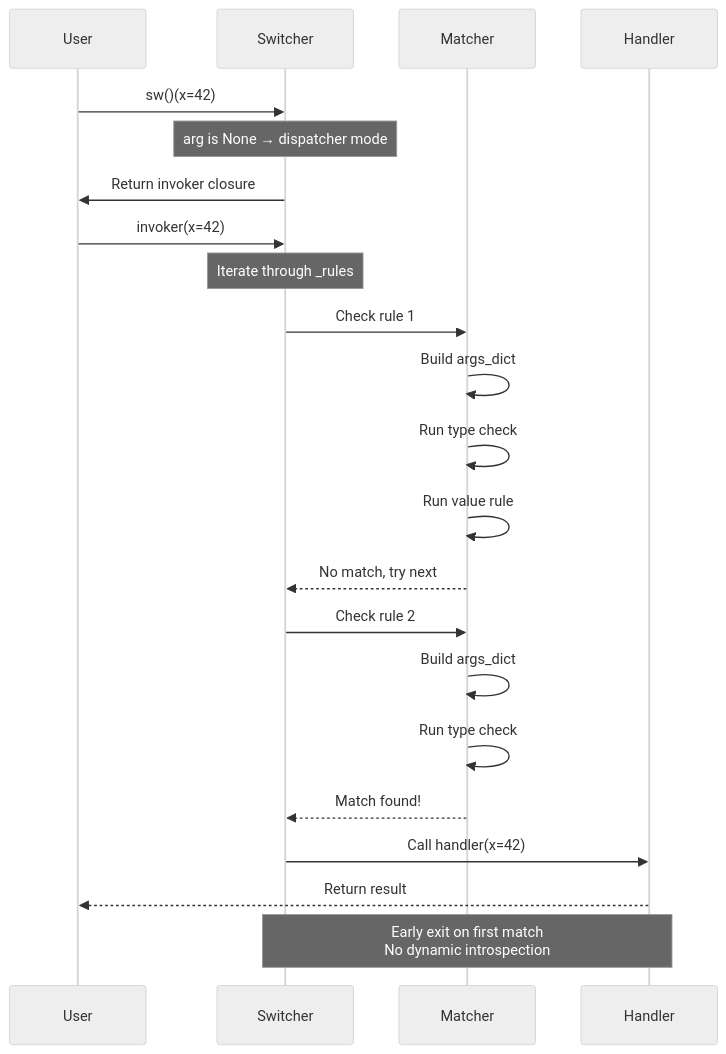
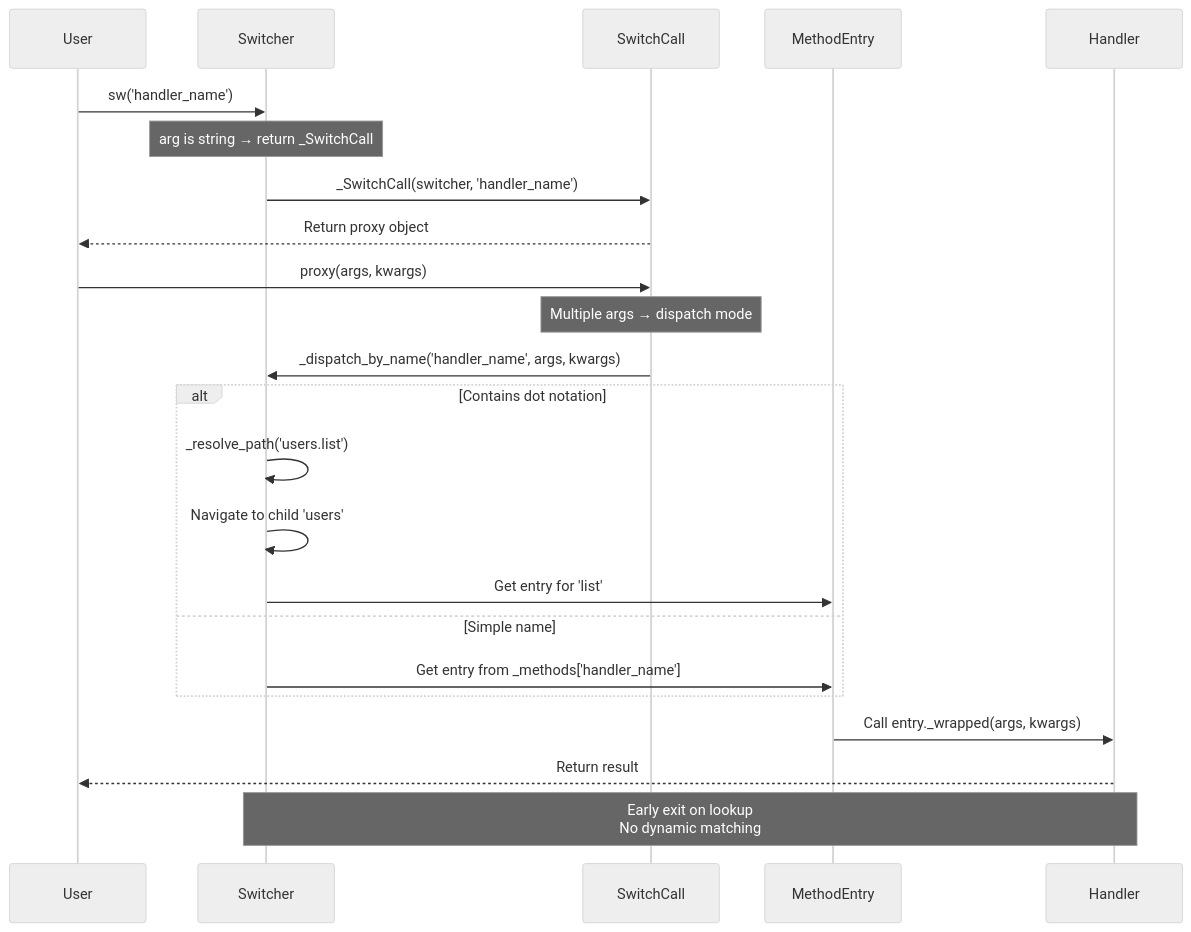
The third of 4 diagrams in docs/appendix/architecture.md (genropy/smartswitch), drawn with Mermaid (neutral theme) before and after one commit. The commit also changed other lines of this file and 11 other files, not shown here.

````diff
--- a/docs/appendix/architecture.md
+++ b/docs/appendix/architecture.md
@@ -107,30 +110,30 @@
 ```mermaid
 sequenceDiagram
     participant User
     participant Switcher
-    participant Matcher
+    participant SwitchCall
+    participant MethodEntry
     participant Handler
 
-    User->>Switcher: sw()(x=42)
-    Note over Switcher: arg is None → dispatcher mode
-    Switcher->>User: Return invoker closure
+    User->>Switcher: sw('handler_name')
+    Note over Switcher: arg is string → return _SwitchCall
+    Switcher->>SwitchCall: _SwitchCall(switcher, 'handler_name')
+    SwitchCall-->>User: Return proxy object
 
-    User->>Switcher: invoker(x=42)
+    User->>SwitchCall: proxy(args, kwargs)
+    Note over SwitchCall: Multiple args → dispatch mode
+    SwitchCall->>Switcher: _dispatch_by_name('handler_name', args, kwargs)
 
-    Note over Switcher: Iterate through _rules
-    Switcher->>Matcher: Check rule 1
-    Matcher->>Matcher: Build args_dict
-    Matcher->>Matcher: Run type check
-    Matcher->>Matcher: Run value rule
-    Matcher-->>Switcher: No match, try next
+    alt Contains dot notation
+        Switcher->>Switcher: _resolve_path('users.list')
+        Switcher->>Switcher: Navigate to child 'users'
+        Switcher->>MethodEntry: Get entry for 'list'
+    else Simple name
+        Switcher->>MethodEntry: Get entry from _methods['handler_name']
+    end
 
-    Switcher->>Matcher: Check rule 2
-    Matcher->>Matcher: Build args_dict
-    Matcher->>Matcher: Run type check
-    Matcher-->>Switcher: Match found!
-
-    Switcher->>Handler: Call handler(x=42)
+    MethodEntry->>Handler: Call entry._wrapped(args, kwargs)
     Handler-->>User: Return result
 
-    Note over Switcher,Handler: Early exit on first match<br/>No dynamic introspection
+    Note over Switcher,Handler: Early exit on lookup<br/>No dynamic matching
 ```
````
